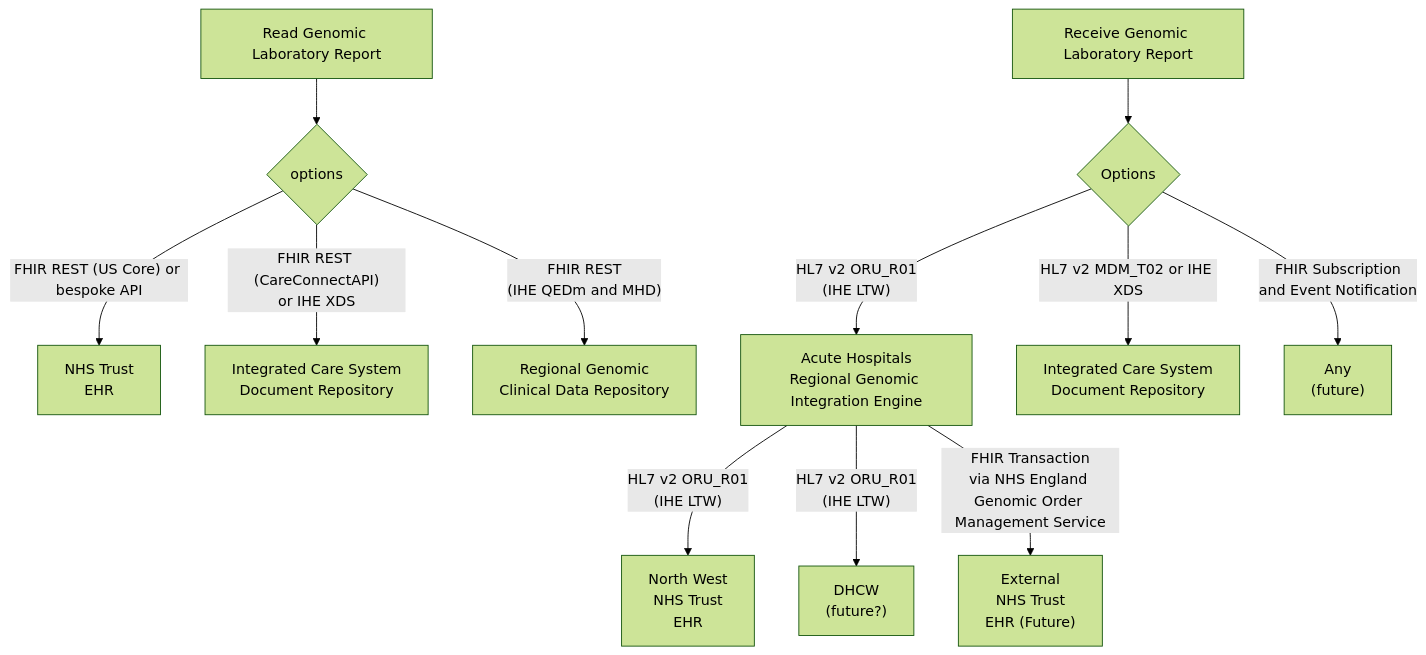
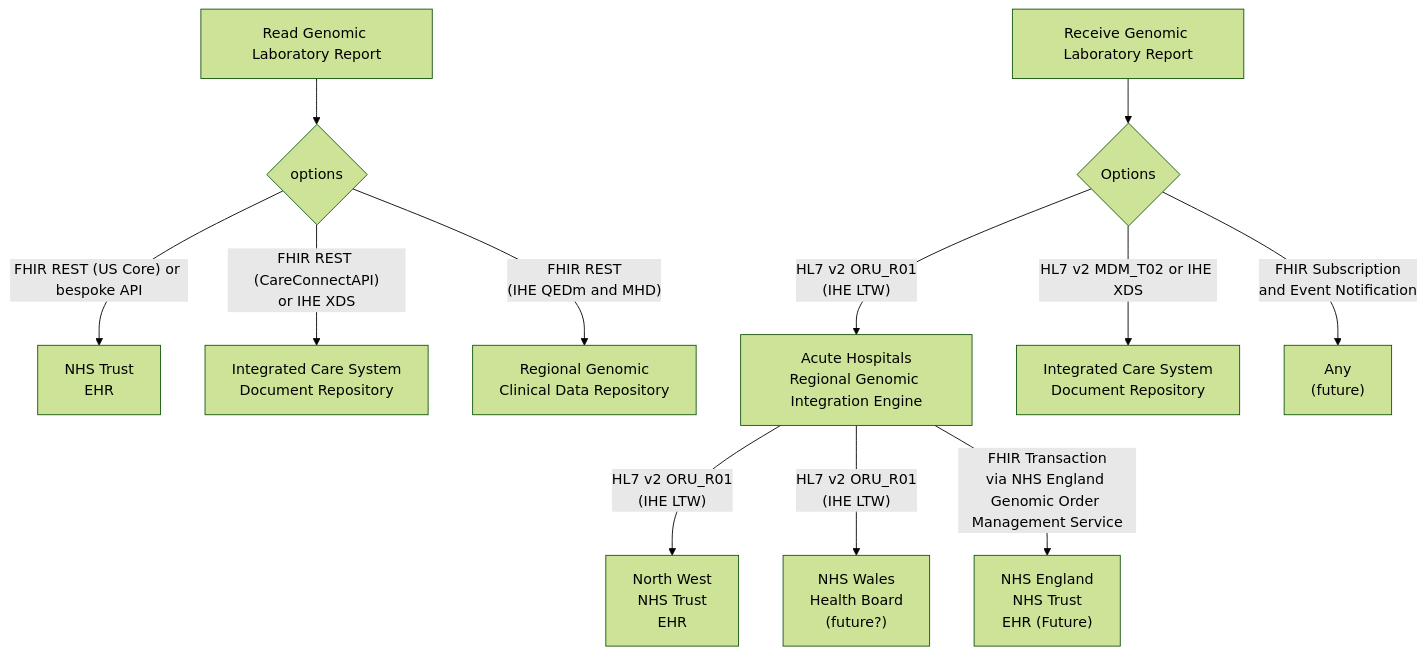
One commit to uk-gov-mirror/nw-gmsa.nw-gmsa.github.com changed the second of 3 diagrams in input/pagecontent/index.md. Above: the diagram before and after it, drawn with Mermaid (forest theme).

Commit message:
Genomic Test Order and Report Example Scenario

````diff
--- a/input/pagecontent/index.md
+++ b/input/pagecontent/index.md
@@ -61,15 +61,15 @@
 ```mermaid
 graph TD;
     Read[Read Genomic Laboratory Report]-->O
     O{options} --> |"FHIR REST (US Core) or bespoke API"| EHR[NHS Trust<br/>EHR] 
     O --> |"FHIR REST (CareConnectAPI)<br/>or IHE XDS"| ICS[Integrated Care System <br/> Document Repository]
     O --> |"FHIR REST<br/>(IHE QEDm and MHD)"| CDR[Regional Genomic<br/> Clinical Data Repository]
 
     Receive[Receive Genomic Laboratory Report] --> OR{Options}
     OR --> |"HL7 v2 ORU_R01<br/>(IHE LTW)"| RIE[Acute Hospitals<br/>Regional Genomic Integration Engine] 
     RIE--> |"HL7 v2 ORU_R01<br/>(IHE LTW)"| EHRTIE[North West<br/>NHS Trust<br/>EHR] 
-    RIE--> |"HL7 v2 ORU_R01<br/>(IHE LTW)"| BOARD["DHCW<br/>(future?)"]
-    RIE --> |"FHIR Transaction<br/>via NHS England Genomic Order Management Service"| GOMS["External<br/>NHS Trust<br/>EHR (Future)"] 
+    RIE--> |"HL7 v2 ORU_R01<br/>(IHE LTW)"| BOARD["NHS Wales<br/>Health Board<br/> (future?)"]
+    RIE --> |"FHIR Transaction<br/>via NHS England Genomic Order Management Service"| GOMS["NHS England<br/>NHS Trust<br/>EHR (Future)"] 
     OR --> |HL7 v2 MDM_T02 or IHE XDS| ICSTIE[Integrated Care System <br/> Document Repository]
     OR --> |FHIR Subscription <br/> and Event Notification| Any["Any <br/>(future)"]
 ```
````
